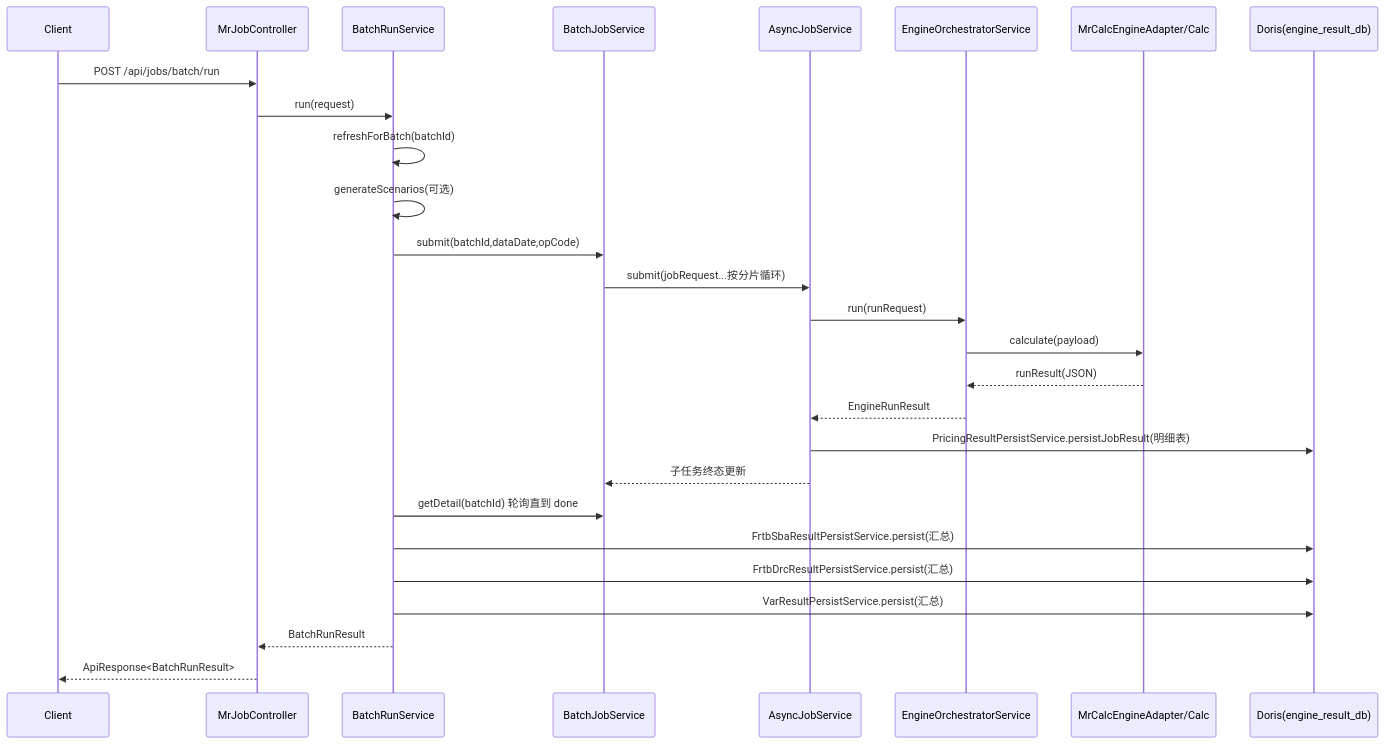
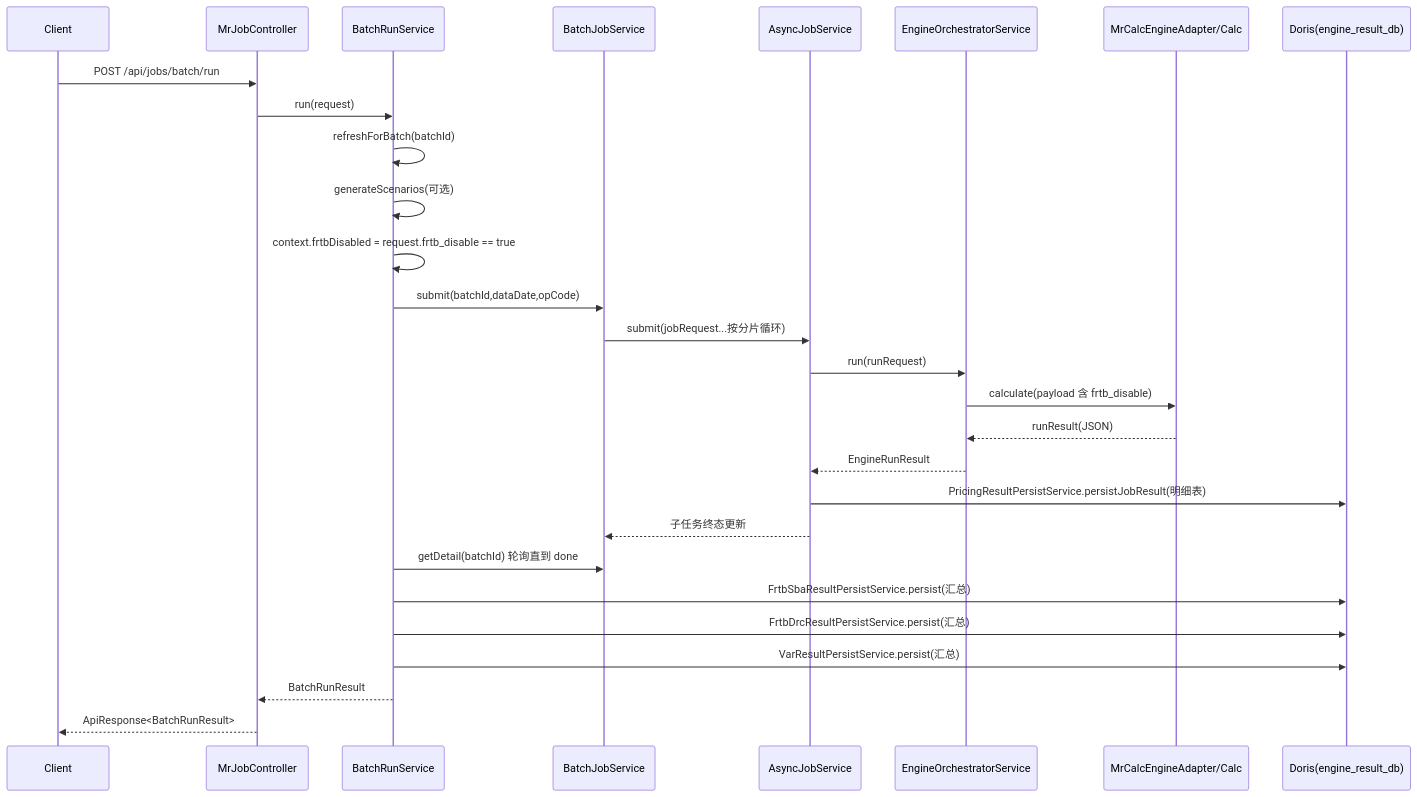
Before and after one commit to jpy19850704/batch_run_mr: the diagram in docs/Engine_BatchRun_程序与接口调用链路.md, drawn with Mermaid. The commit also changed other lines of this file and 9 other files, not shown here.

````diff
--- a/docs/Engine_BatchRun_程序与接口调用链路.md
+++ b/docs/Engine_BatchRun_程序与接口调用链路.md
@@ -113,30 +117,31 @@
 ```mermaid
 sequenceDiagram
     participant C as Client
     participant API as MrJobController
     participant BR as BatchRunService
     participant BJ as BatchJobService
     participant AJ as AsyncJobService
     participant EO as EngineOrchestratorService
     participant MC as MrCalcEngineAdapter/Calc
     participant D as Doris(engine_result_db)
 
     C->>API: POST /api/jobs/batch/run
     API->>BR: run(request)
     BR->>BR: refreshForBatch(batchId)
     BR->>BR: generateScenarios(可选)
+    BR->>BR: context.frtbDisabled = request.frtb_disable == true
     BR->>BJ: submit(batchId,dataDate,opCode)
     BJ->>AJ: submit(jobRequest...按分片循环)
     AJ->>EO: run(runRequest)
-    EO->>MC: calculate(payload)
+    EO->>MC: calculate(payload 含 frtb_disable)
     MC-->>EO: runResult(JSON)
     EO-->>AJ: EngineRunResult
     AJ->>D: PricingResultPersistService.persistJobResult(明细表)
     AJ-->>BJ: 子任务终态更新
     BR->>BJ: getDetail(batchId) 轮询直到 done
     BR->>D: FrtbSbaResultPersistService.persist(汇总)
     BR->>D: FrtbDrcResultPersistService.persist(汇总)
     BR->>D: VarResultPersistService.persist(汇总)
     BR-->>API: BatchRunResult
     API-->>C: ApiResponse<BatchRunResult>
 ```
````
